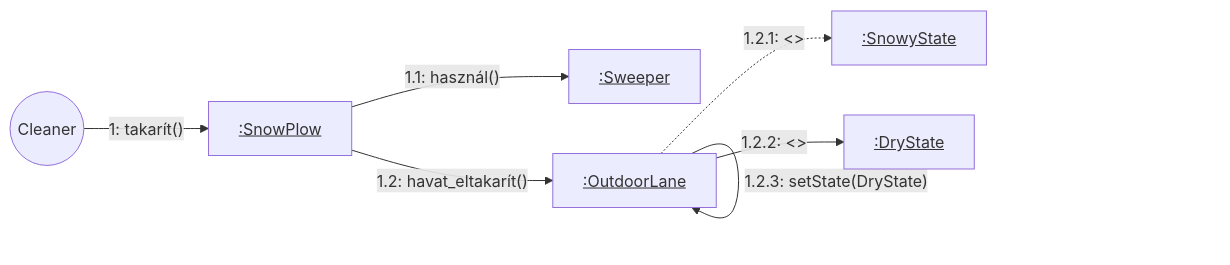
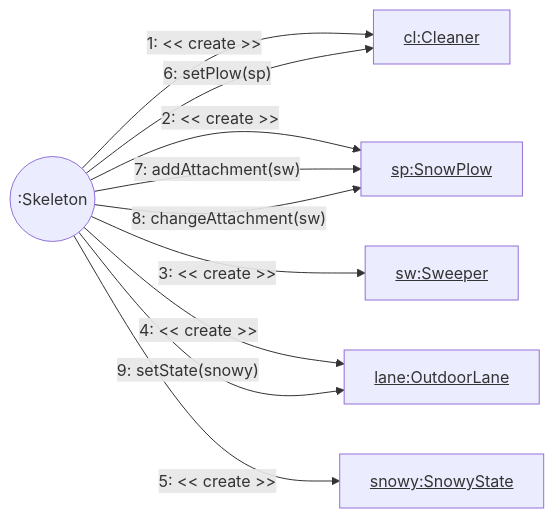
One commit to toth-andor/UneNotteANapoli changed the diagram in docs/05/kommunikacios_diagrammok/02-hotakaritas_sopres.md. Above: the diagram before and after it, drawn with Mermaid.

````diff
--- a/docs/05/kommunikacios_diagrammok/02-hotakaritas_sopres.md
+++ b/docs/05/kommunikacios_diagrammok/02-hotakaritas_sopres.md
@@ -1,16 +1,20 @@
 ```mermaid
 graph LR
-    C((Cleaner))
-    SP[<u>:SnowPlow</u>]
-    SW[<u>:Sweeper</u>]
-    OL[<u>:OutdoorLane</u>]
-    SN[<u>:SnowyState</u>]
-    DR[<u>:DryState</u>]
+    SK((:Skeleton))
+    CL[<u>cl:Cleaner</u>]
+    SP[<u>sp:SnowPlow</u>]
+    SW[<u>sw:Sweeper</u>]
+    OL[<u>lane:OutdoorLane</u>]
+    SN[<u>snowy:SnowyState</u>]
 
-    C -- "1: takarít()" --> SP
-    SP -- "1.1: használ()" --> SW
-    SP -- "1.2: havat_eltakarít()" --> OL
-    OL -. "1.2.1: <<megszüntet>>" .-> SN
-    OL -- "1.2.2: <<létrehoz>>" --> DR
-    OL -- "1.2.3: setState(DryState)" --> OL
+    SK -- "1: << create >>" --> CL
+    SK -- "2: << create >>" --> SP
+    SK -- "3: << create >>" --> SW
+    SK -- "4: << create >>" --> OL
+    SK -- "5: << create >>" --> SN
+
+    SK -- "6: setPlow(sp)" --> CL
+    SK -- "7: addAttachment(sw)" --> SP
+    SK -- "8: changeAttachment(sw)" --> SP
+    SK -- "9: setState(snowy)" --> OL
 ```
````
